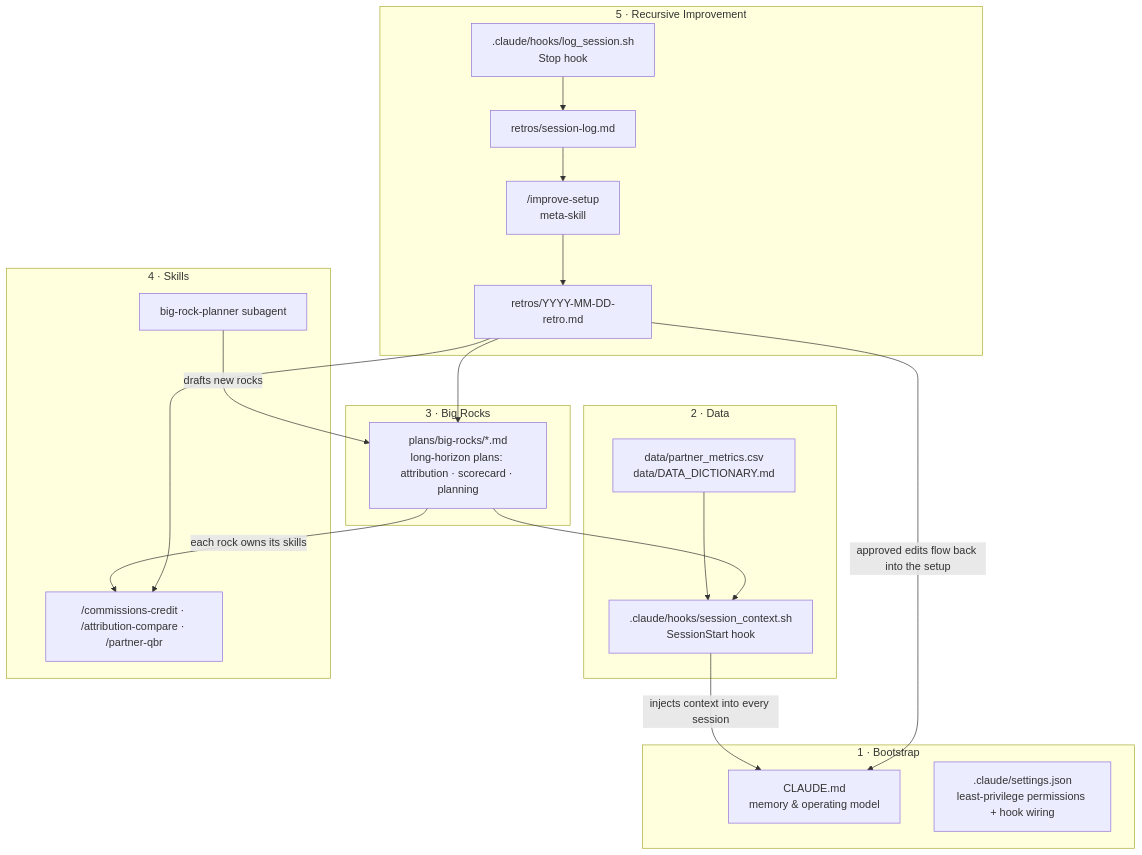
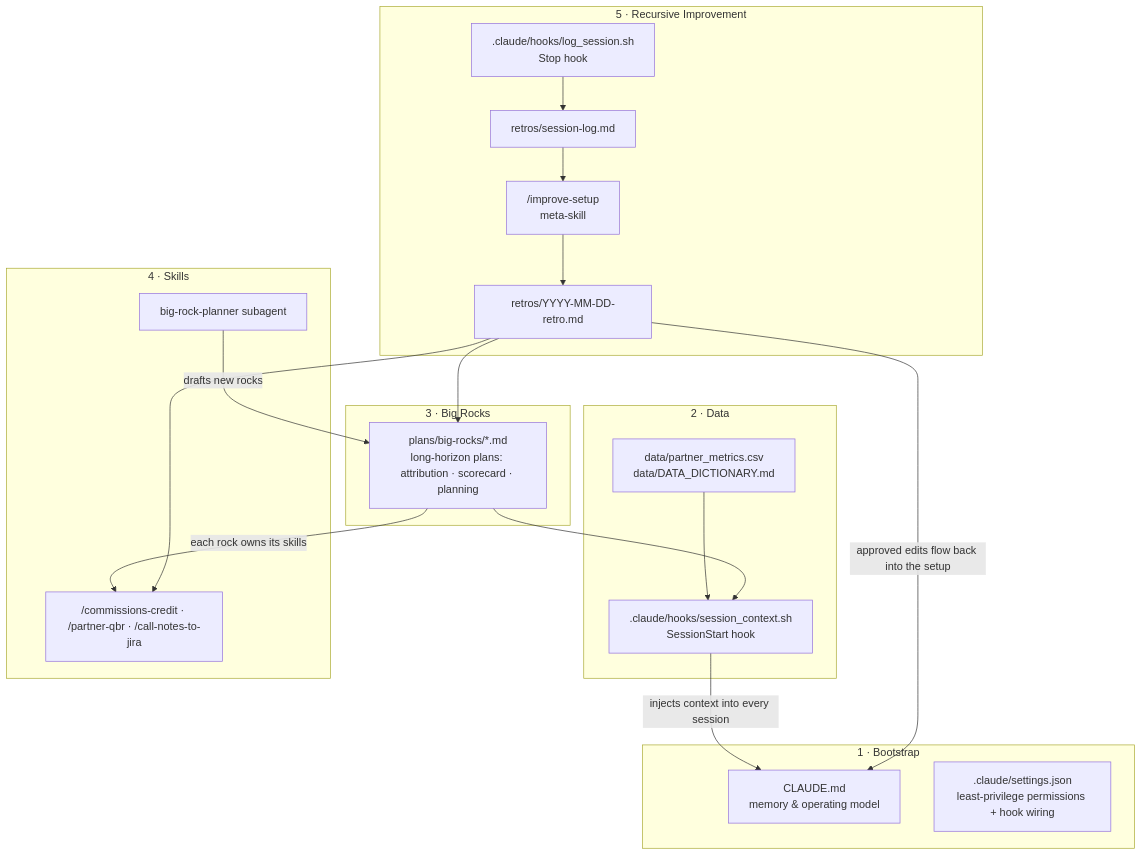
Before and after one commit to dylan3796/anthropic-portfolio: the diagram in docs/claude-code-architecture.md, drawn with Mermaid. The commit also changed other lines of this file and 10 other files, not shown here.

First line of the commit message:
Retire /attribution-compare; ship /call-notes-to-jira under a new rock (#18)

````diff
--- a/docs/claude-code-architecture.md
+++ b/docs/claude-code-architecture.md
@@ -15,40 +15,40 @@
 ```mermaid
 flowchart TB
     subgraph L1["1 · Bootstrap"]
         CLAUDE["CLAUDE.md<br/>memory & operating model"]
         SETTINGS[".claude/settings.json<br/>least-privilege permissions + hook wiring"]
     end
 
     subgraph L2["2 · Data"]
         HOOK_START[".claude/hooks/session_context.sh<br/>SessionStart hook"]
         DATA["data/partner_metrics.csv<br/>data/DATA_DICTIONARY.md"]
     end
 
     subgraph L3["3 · Big Rocks"]
         PLANS["plans/big-rocks/*.md<br/>long-horizon plans: attribution · scorecard · planning"]
     end
 
     subgraph L4["4 · Skills"]
-        SKILLS["/commissions-credit · /attribution-compare · /partner-qbr"]
+        SKILLS["/commissions-credit · /partner-qbr · /call-notes-to-jira"]
         AGENT["big-rock-planner subagent"]
     end
 
     subgraph L5["5 · Recursive Improvement"]
         HOOK_STOP[".claude/hooks/log_session.sh<br/>Stop hook"]
         LOG["retros/session-log.md"]
         IMPROVE["/improve-setup<br/>meta-skill"]
         RETRO["retros/YYYY-MM-DD-retro.md"]
     end
 
     DATA --> HOOK_START
     PLANS --> HOOK_START
     HOOK_START -- "injects context into every session" --> CLAUDE
     PLANS -- "each rock owns its skills" --> SKILLS
     AGENT -- "drafts new rocks" --> PLANS
     HOOK_STOP --> LOG
     LOG --> IMPROVE
     IMPROVE --> RETRO
     RETRO -- "approved edits flow back into the setup" --> CLAUDE
     RETRO --> SKILLS
     RETRO --> PLANS
 ```
````
